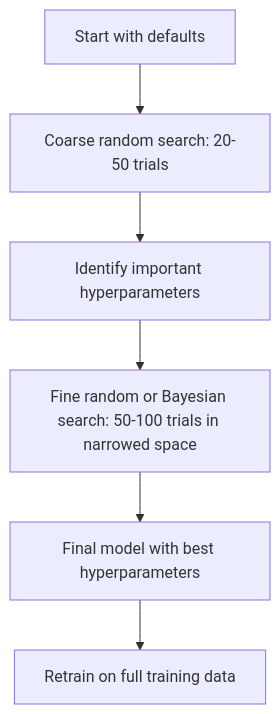
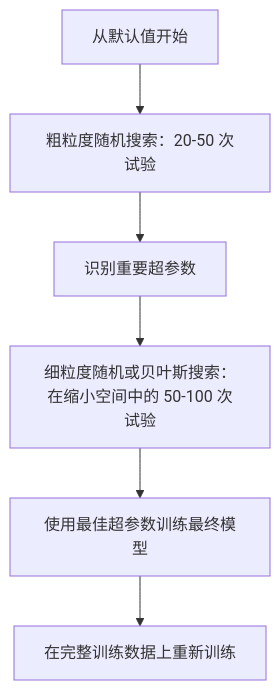
Before and after one commit to guangningsun/ailearning: the third of 4 diagrams in lessons/02-ml-fundamentals/12-hyperparameter-tuning/docs/zh.md, drawn with Mermaid. The commit also changed other lines of this file and 53 other files, not shown here.

````diff
--- a/lessons/02-ml-fundamentals/12-hyperparameter-tuning/docs/zh.md
+++ b/lessons/02-ml-fundamentals/12-hyperparameter-tuning/docs/zh.md
@@ -156,8 +156,8 @@
 ```mermaid
 flowchart TD
-    A[Start with defaults] --> B[Coarse random search: 20-50 trials]
-    B --> C[Identify important hyperparameters]
-    C --> D[Fine random or Bayesian search: 50-100 trials in narrowed space]
-    D --> E[Final model with best hyperparameters]
-    E --> F[Retrain on full training data]
+    A[从默认值开始] --> B[粗粒度随机搜索：20-50 次试验]
+    B --> C[识别重要超参数]
+    C --> D[细粒度随机或贝叶斯搜索：在缩小空间中的 50-100 次试验]
+    D --> E[使用最佳超参数训练最终模型]
+    E --> F[在完整训练数据上重新训练]
 ```
````
